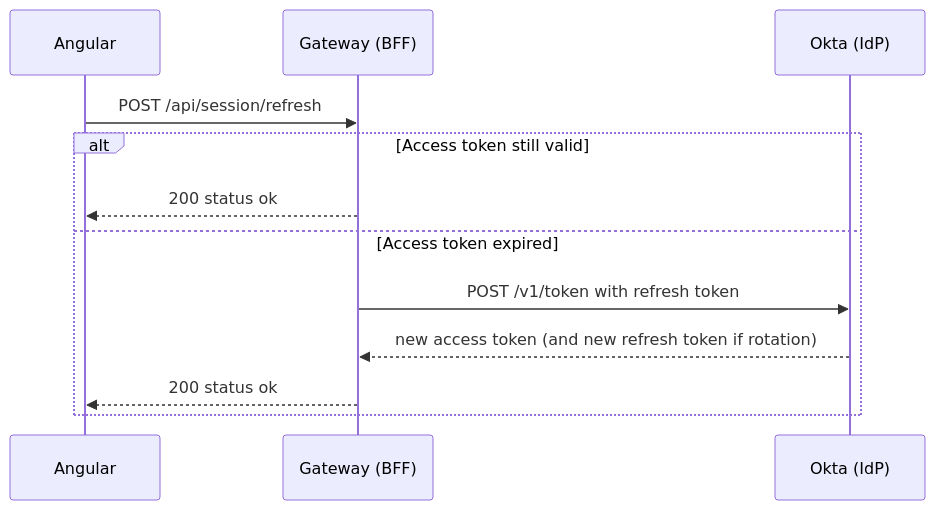
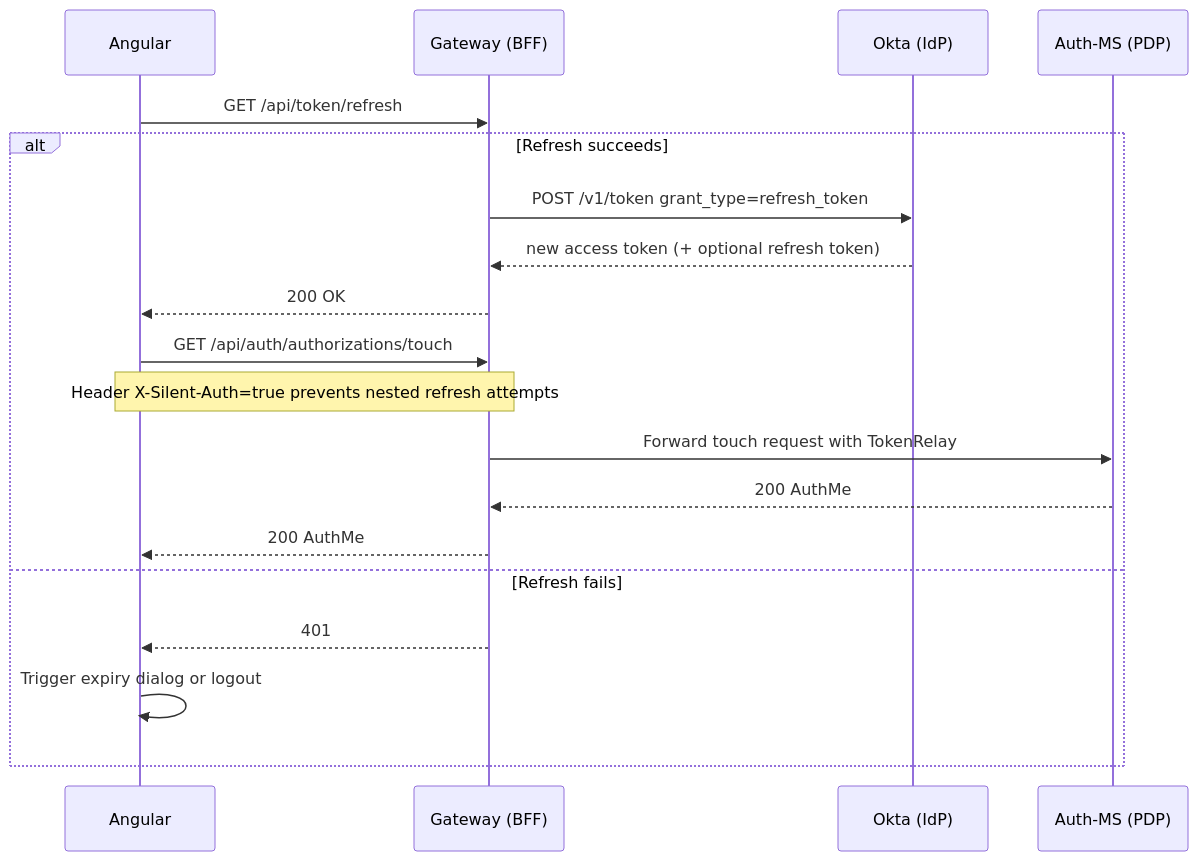
The fourth of 7 diagrams in backend/docs/refresh-token/okta_token_refresh_flows.md (FredX123/sso-demo), drawn with Mermaid before and after one commit. The commit also changed other lines of this file and 3 other files, not shown here.

````diff
--- a/backend/docs/refresh-token/okta_token_refresh_flows.md
+++ b/backend/docs/refresh-token/okta_token_refresh_flows.md
@@ -64,15 +63,22 @@
 ```mermaid
 sequenceDiagram
   participant Angular
   participant Gateway as Gateway (BFF)
   participant Okta as Okta (IdP)
+  participant AuthMS as Auth-MS (PDP)
 
-  Angular->>Gateway: POST /api/session/refresh
-  alt Access token still valid
-    Gateway-->>Angular: 200 status ok
-  else Access token expired
-    Gateway->>Okta: POST /v1/token with refresh token
-    Okta-->>Gateway: new access token (and new refresh token if rotation)
-    Gateway-->>Angular: 200 status ok
+  Angular->>Gateway: GET /api/token/refresh
+  alt Refresh succeeds
+    Gateway->>Okta: POST /v1/token grant_type=refresh_token
+    Okta-->>Gateway: new access token (+ optional refresh token)
+    Gateway-->>Angular: 200 OK
+    Angular->>Gateway: GET /api/auth/authorizations/touch
+    Note over Angular,Gateway: Header X-Silent-Auth=true prevents nested refresh attempts
+    Gateway->>AuthMS: Forward touch request with TokenRelay
+    AuthMS-->>Gateway: 200 AuthMe
+    Gateway-->>Angular: 200 AuthMe
+  else Refresh fails
+    Gateway-->>Angular: 401
+    Angular->>Angular: Trigger expiry dialog or logout
   end
 ```
````
